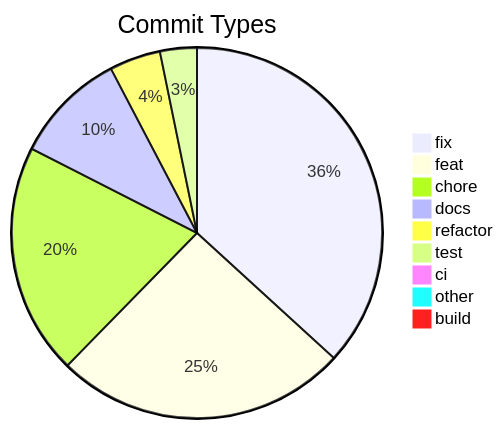
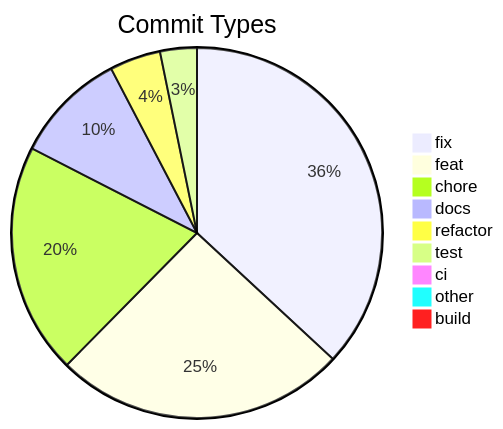
Before and after one commit to svenroth-ai/shipwright-webui: the diagram in .shipwright/compliance/change-history.md, drawn with Mermaid. The commit also changed other lines of this file and 4 other files, not shown here.

````diff
--- a/.shipwright/compliance/change-history.md
+++ b/.shipwright/compliance/change-history.md
@@ -8,12 +8,12 @@
 ```mermaid
 pie title Commit Types
-    "fix" : 206
+    "fix" : 207
     "feat" : 143
     "chore" : 113
     "docs" : 55
     "refactor" : 25
     "test" : 18
     "ci" : 5
     "other" : 4
     "build" : 1
 ```
````
